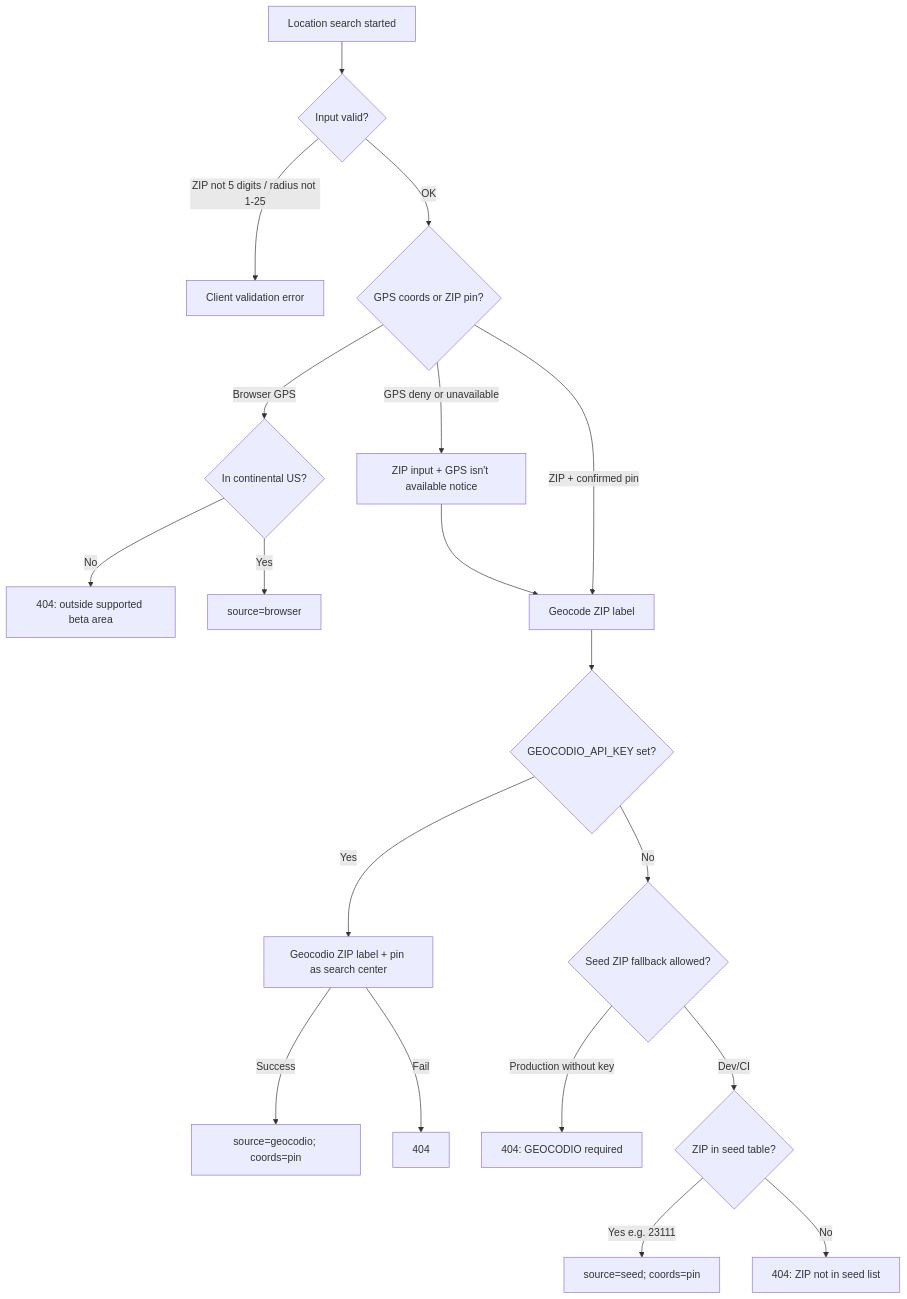
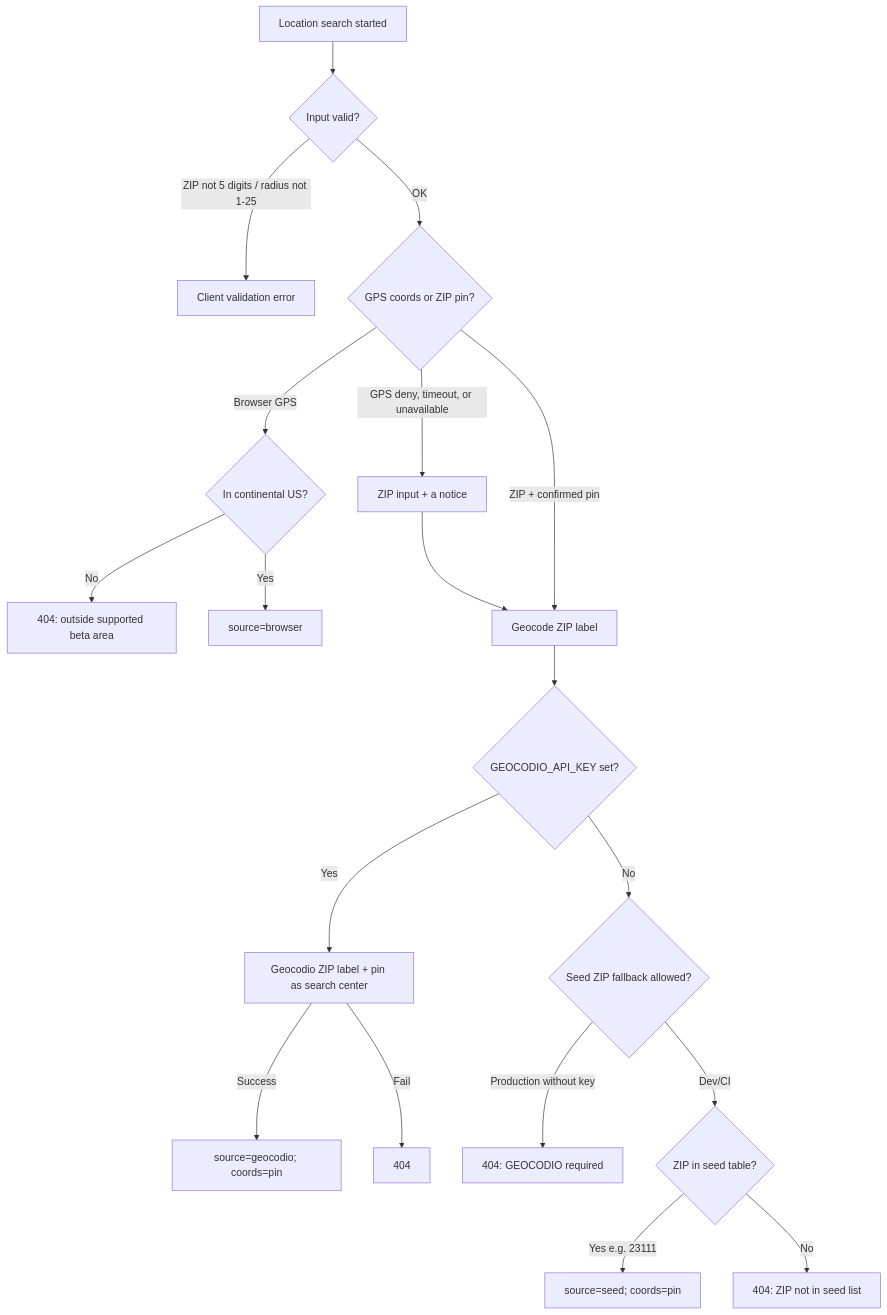
Before and after one commit to sfh1980/Yum4Less: the second of 10 diagrams in docs/shopper-workflows.md, drawn with Mermaid. The commit also changed other lines of this file and 23 other files, not shown here.

````diff
--- a/docs/shopper-workflows.md
+++ b/docs/shopper-workflows.md
@@ -60,24 +60,24 @@
 ```mermaid
 flowchart TD
   startLoc[Location search started] --> validInput{Input valid?}
   validInput -->|ZIP not 5 digits / radius not 1-25| clientErr[Client validation error]
   validInput -->|OK| gpsOrZip{GPS coords or ZIP pin?}
 
   gpsOrZip -->|Browser GPS| usBounds{In continental US?}
   usBounds -->|No| outsideArea[404: outside supported beta area]
   usBounds -->|Yes| gpsSource[source=browser]
 
-  gpsOrZip -->|GPS deny or unavailable| zipFallback[ZIP input + GPS isn't available notice]
+  gpsOrZip -->|GPS deny, timeout, or unavailable| zipFallback[ZIP input + a notice]
   zipFallback --> zipPinPath
 
   gpsOrZip -->|ZIP + confirmed pin| zipPinPath[Geocode ZIP label]
   zipPinPath --> geocodioKey{GEOCODIO_API_KEY set?}
   geocodioKey -->|Yes| geocodioCall[Geocodio ZIP label + pin as search center]
   geocodioCall -->|Success| geocodioOk[source=geocodio; coords=pin]
   geocodioCall -->|Fail| geocode404[404]
   geocodioKey -->|No| seedOk{Seed ZIP fallback allowed?}
   seedOk -->|Production without key| geocodioRequired[404: GEOCODIO required]
   seedOk -->|Dev/CI| seedTable{ZIP in seed table?}
   seedTable -->|Yes e.g. 23111| seedSource[source=seed; coords=pin]
   seedTable -->|No| seed404[404: ZIP not in seed list]
 ```
````
